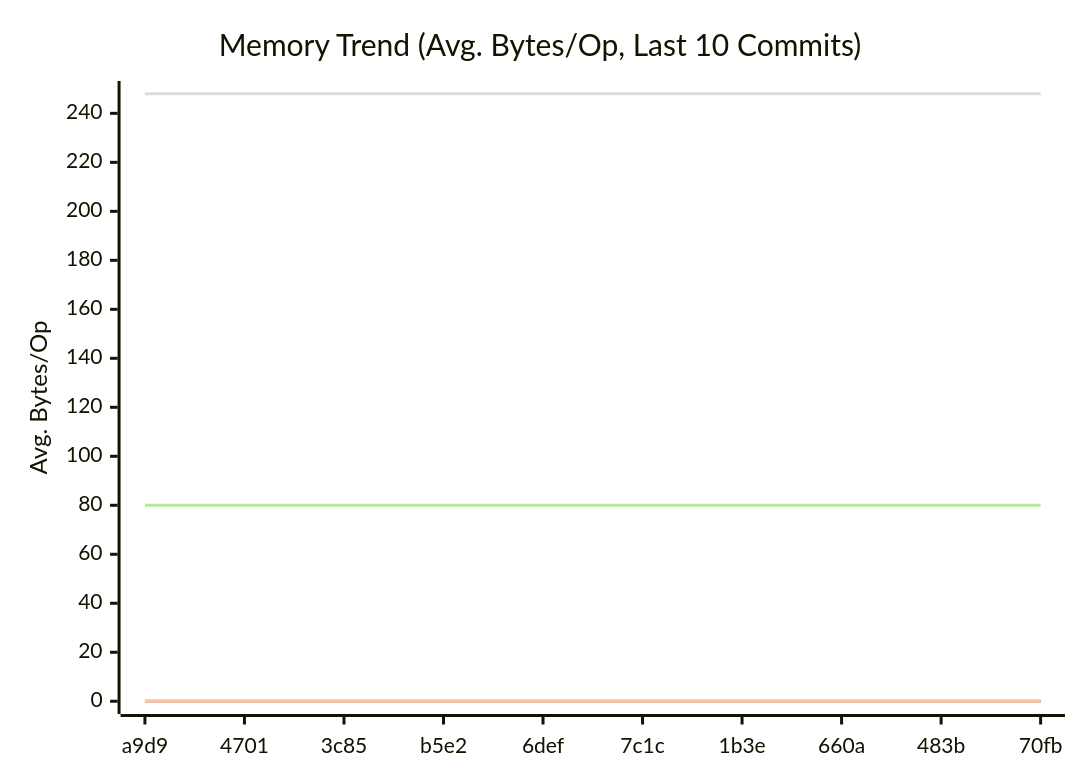
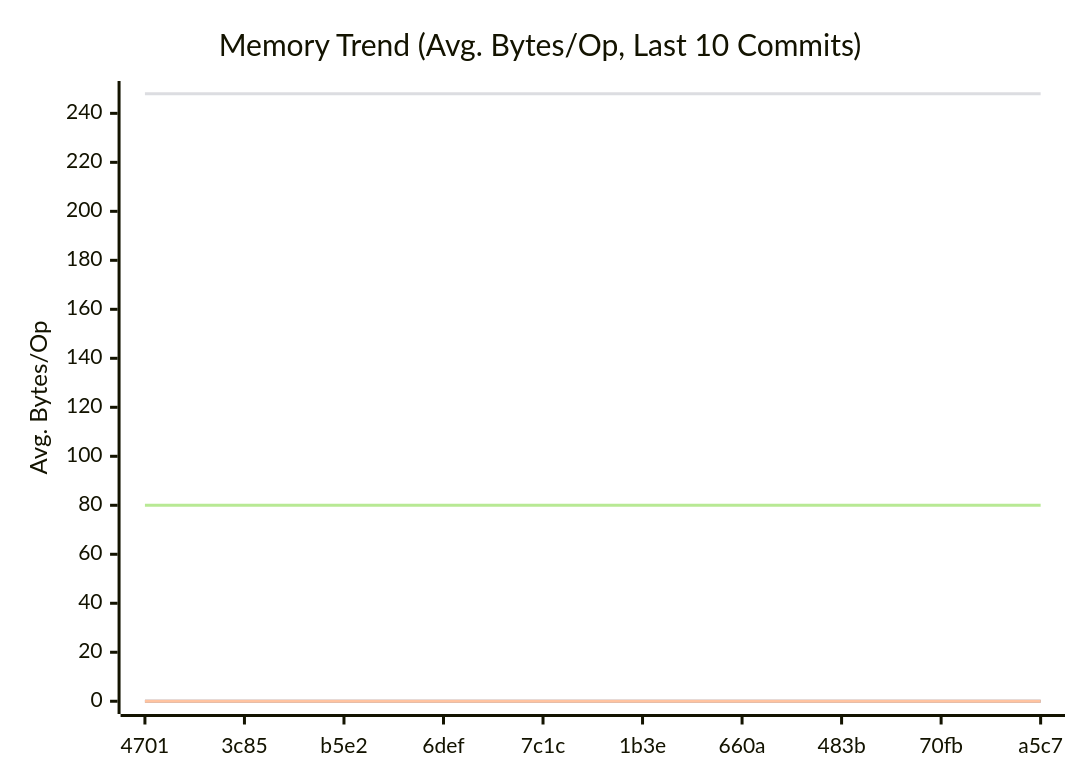
The second of 3 diagrams in doc/README.md (alsotoes/momo), drawn with Mermaid before and after one commit. The commit also changed other lines of this file and 1 other file, not shown here.

````diff
--- a/doc/README.md
+++ b/doc/README.md
@@ -303,12 +303,12 @@
 ```mermaid
 xychart-beta
     title "Memory Trend (Avg. Bytes/Op, Last 10 Commits)"
     x-axis "Commit"
     y-axis "Avg. Bytes/Op"
-    x-axis [a9d9,4701,3c85,b5e2,6def,7c1c,1b3e,660a,483b,70fb]
+    x-axis [4701,3c85,b5e2,6def,7c1c,1b3e,660a,483b,70fb,a5c7]
     line "CheckMetricsAndSwap" [0,0,0,0,0,0,0,0,0,0]
     line "IndexDirectTracking" [0,0,0,0,0,0,0,0,0,0]
     line "IndexSearch" [0,0,0,0,0,0,0,0,0,0]
     line "ParseReplicationOrder_NoPrealloc" [248,248,248,248,248,248,248,248,248,248]
     line "ParseReplicationOrder_Prealloc" [80,80,80,80,80,80,80,80,80,80]
 ```
````
